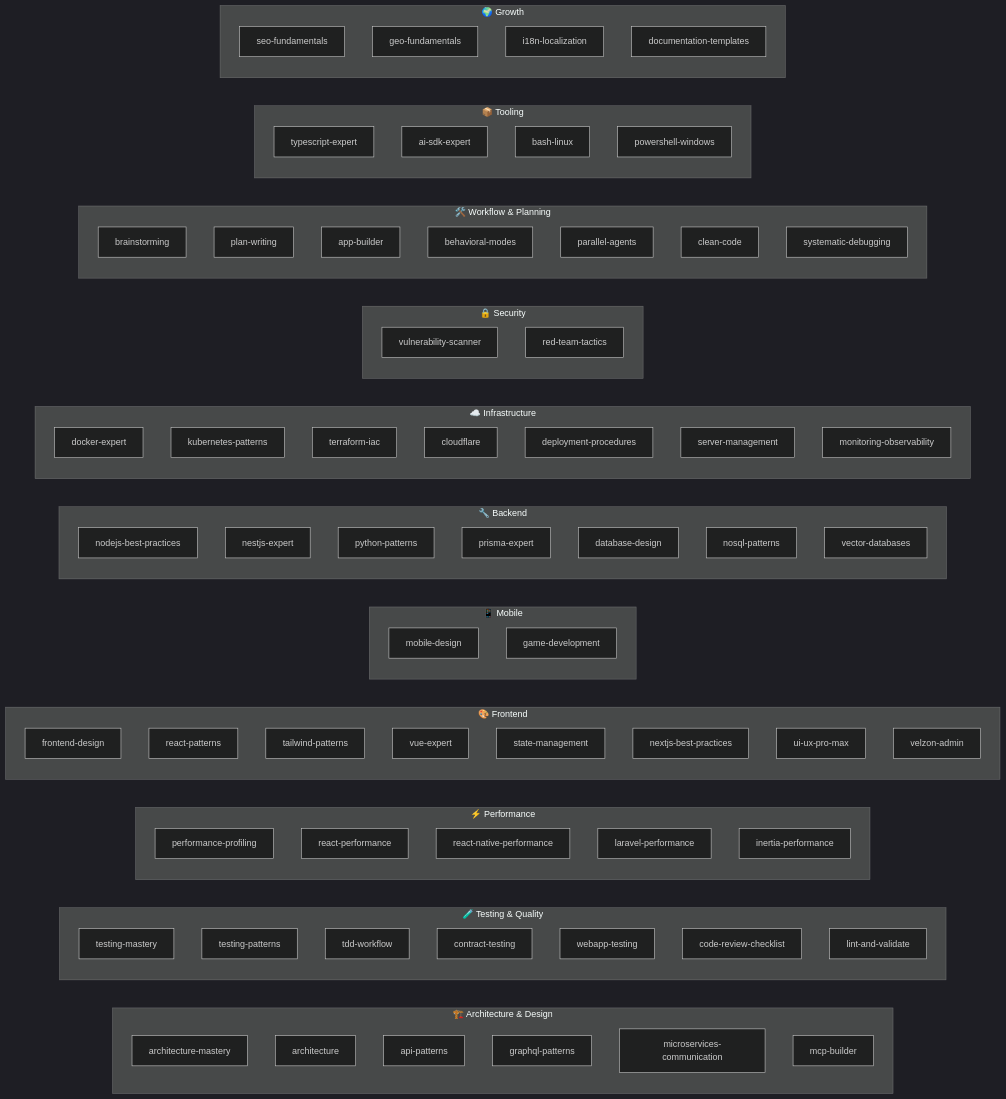
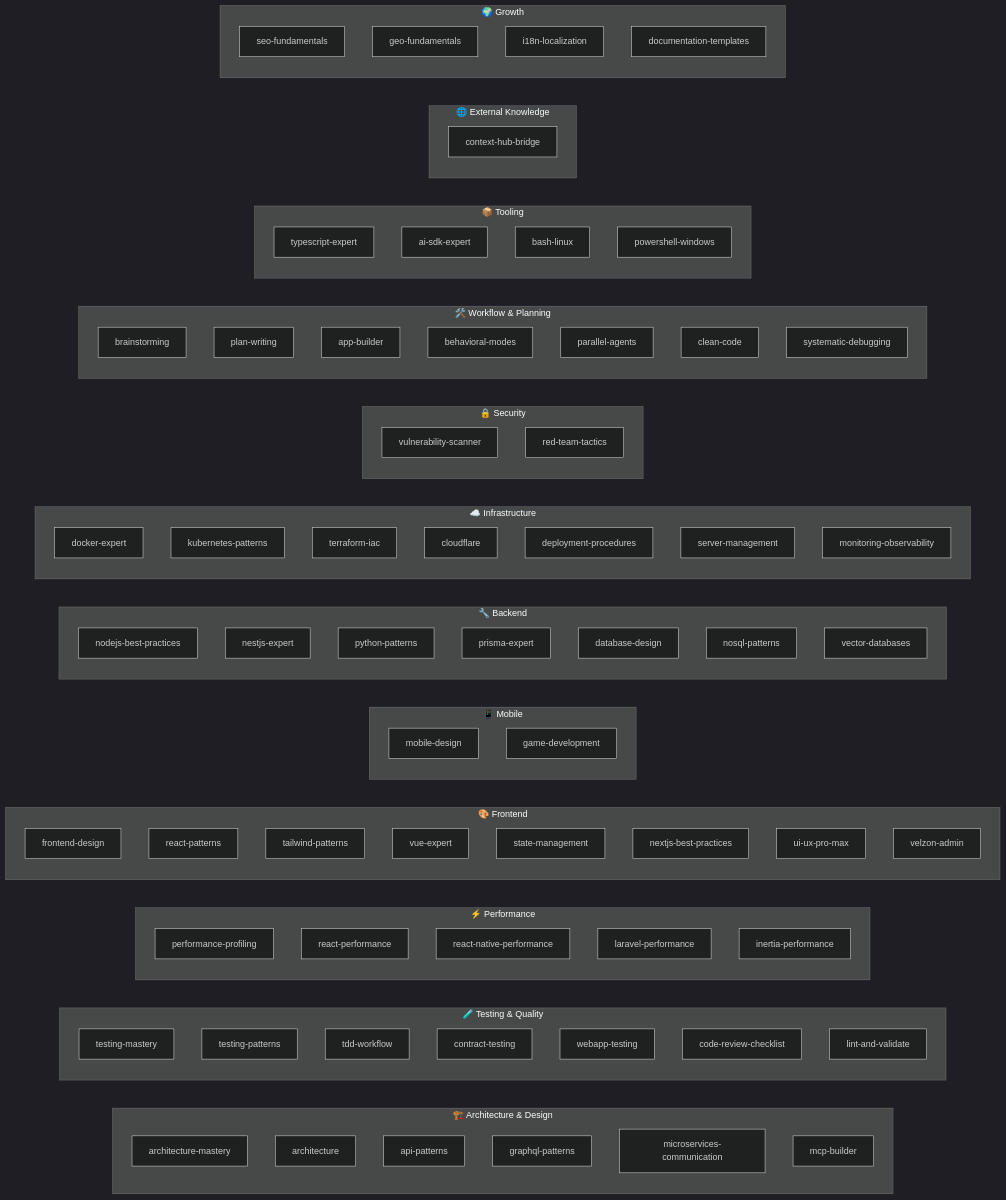
One commit to tuyenht/Antigravity-Core changed the second of 2 diagrams in .agent/skills/DEPENDENCY-GRAPH.md. Above: the diagram before and after it, drawn with Mermaid (dark theme). The commit also changed other lines of this file and 59 other files, not shown here.

```diff
--- a/.agent/skills/DEPENDENCY-GRAPH.md
+++ b/.agent/skills/DEPENDENCY-GRAPH.md
@@ -130,6 +130,10 @@
         powershell-windows
     end
 
+    subgraph "🌐 External Knowledge"
+        context-hub-bridge
+    end
+
     subgraph "🌍 Growth"
         seo-fundamentals
         geo-fundamentals
```
